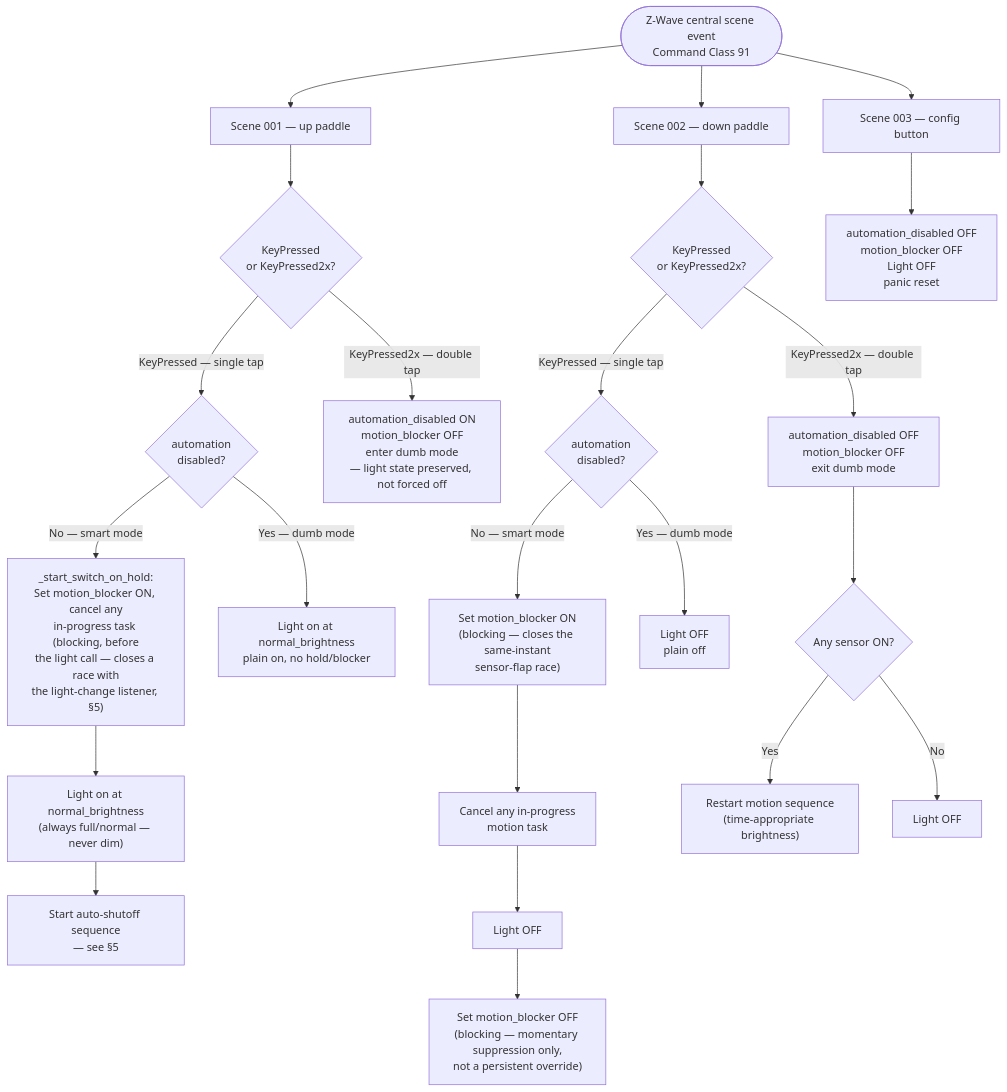
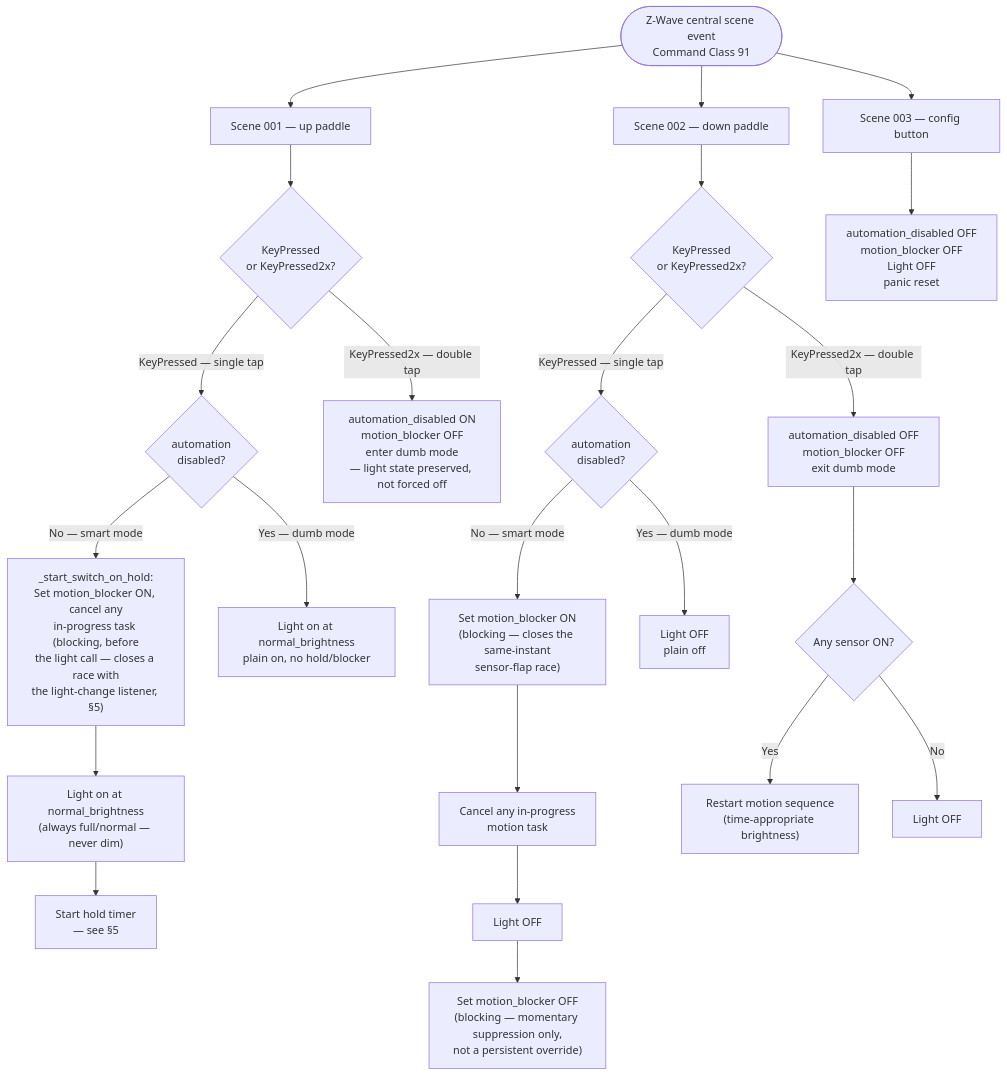
The third of 8 diagrams in docs/flow.md (RyTsYdUp/luminary-ha), drawn with Mermaid before and after one commit. The commit also changed other lines of this file and 9 other files, not shown here.

````diff
--- a/docs/flow.md
+++ b/docs/flow.md
@@ -131,30 +131,30 @@
 ```mermaid
 flowchart TD
     EV(["Z-Wave central scene event\nCommand Class 91"])
 
     EV --> S1["Scene 001 — up paddle"]
     EV --> S2["Scene 002 — down paddle"]
     EV --> S3["Scene 003 — config button"]
 
     S1 --> V1{"KeyPressed\nor KeyPressed2x?"}
     V1 -- "KeyPressed — single tap" --> V1A{"automation\ndisabled?"}
     V1A -- "No — smart mode" --> V1B["_start_switch_on_hold:\nSet motion_blocker ON, cancel any\nin-progress task (blocking, before\nthe light call — closes a race with\nthe light-change listener, §5)"]
     V1B --> V1E["Light on at normal_brightness\n(always full/normal — never dim)"]
-    V1E --> V1F["Start auto-shutoff sequence\n— see §5"]
+    V1E --> V1F["Start hold timer\n— see §5"]
     V1A -- "Yes — dumb mode" --> V1G["Light on at normal_brightness\nplain on, no hold/blocker"]
     V1 -- "KeyPressed2x — double tap" --> V1D["automation_disabled ON\nmotion_blocker OFF\nenter dumb mode\n— light state preserved, not forced off"]
 
     S2 --> V2{"KeyPressed\nor KeyPressed2x?"}
     V2 -- "KeyPressed — single tap" --> V2A{"automation\ndisabled?"}
     V2A -- "No — smart mode" --> V2B["Set motion_blocker ON\n(blocking — closes the same-instant\nsensor-flap race)"]
     V2B --> V2C["Cancel any in-progress\nmotion task"]
     V2C --> V2D["Light OFF"]
     V2D --> V2E["Set motion_blocker OFF\n(blocking — momentary suppression only,\nnot a persistent override)"]
     V2A -- "Yes — dumb mode" --> V2F["Light OFF\nplain off"]
     V2 -- "KeyPressed2x — double tap" --> V2G["automation_disabled OFF\nmotion_blocker OFF\nexit dumb mode"]
     V2G --> V2H{"Any sensor ON?"}
     V2H -- Yes --> V2I["Restart motion sequence\n(time-appropriate brightness)"]
     V2H -- No --> V2J["Light OFF"]
 
     S3 --> V3["automation_disabled OFF\nmotion_blocker OFF\nLight OFF\npanic reset"]
 ```
````
